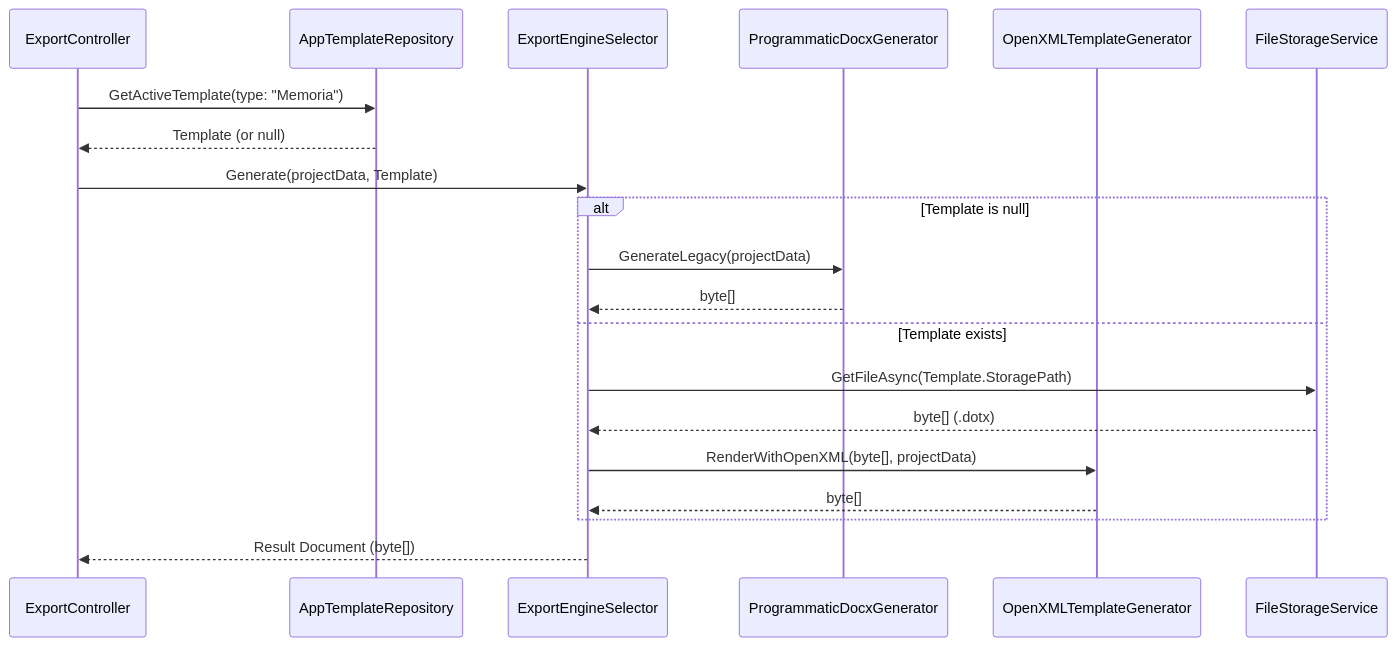
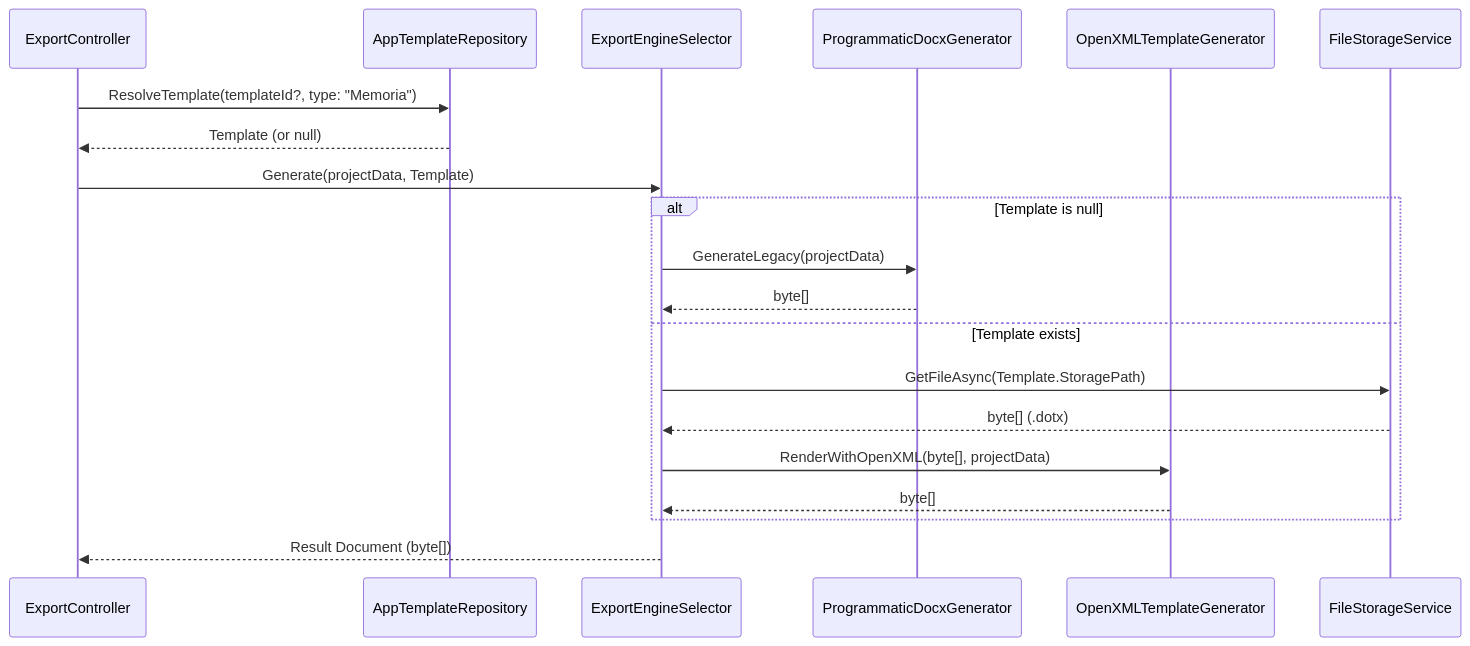
Before and after one commit to jesusjbriceno/edificia: the second of 2 diagrams in docs/features/dotx_support/DISENO_TECNICO.md, drawn with Mermaid. The commit also changed other lines of this file and 11 other files, not shown here.

````diff
--- a/docs/features/dotx_support/DISENO_TECNICO.md
+++ b/docs/features/dotx_support/DISENO_TECNICO.md
@@ -87,25 +83,25 @@
 ```mermaid
 sequenceDiagram
     participant API as ExportController
     participant DB as AppTemplateRepository
     participant Engine as ExportEngineSelector
     participant Legacy as ProgrammaticDocxGenerator
     participant OpenXML as OpenXMLTemplateGenerator
     participant Storage as FileStorageService
 
-    API->>DB: GetActiveTemplate(type: "Memoria")
+    API->>DB: ResolveTemplate(templateId?, type: "Memoria")
     DB-->>API: Template (or null)
     API->>Engine: Generate(projectData, Template)
 
     alt Template is null
         Engine->>Legacy: GenerateLegacy(projectData)
         Legacy-->>Engine: byte[]
     else Template exists
         Engine->>Storage: GetFileAsync(Template.StoragePath)
         Storage-->>Engine: byte[] (.dotx)
         Engine->>OpenXML: RenderWithOpenXML(byte[], projectData)
         OpenXML-->>Engine: byte[]
     end
 
     Engine-->>API: Result Document (byte[])
 ```
````
